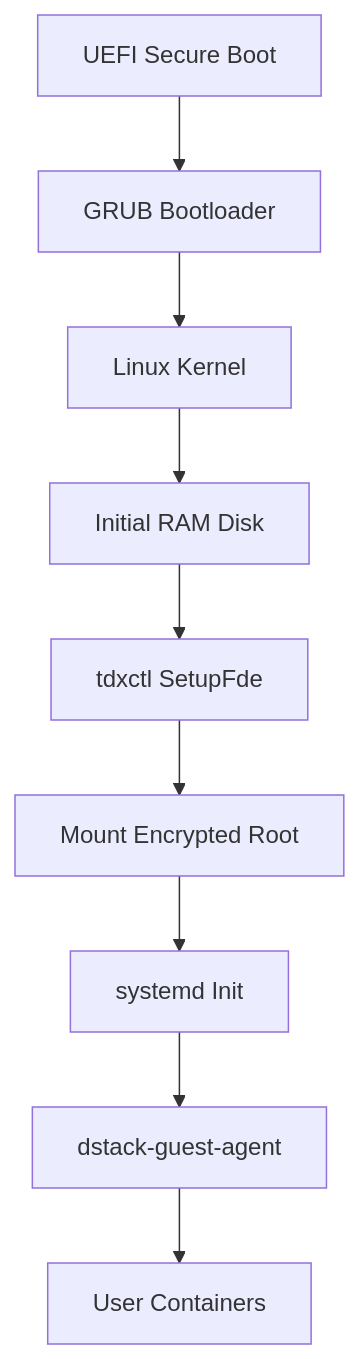
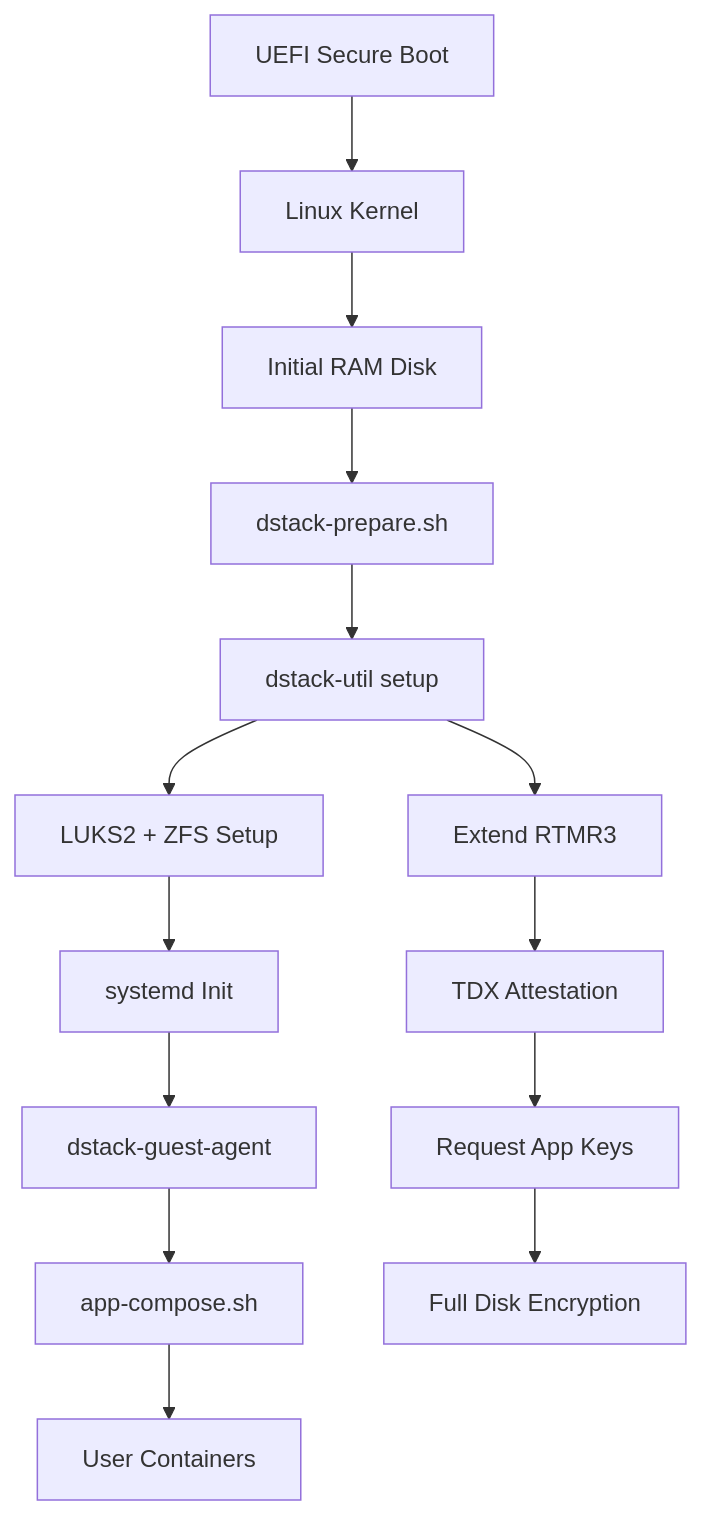
The diagram in docs/concepts/core-os.mdx (Dstack-TEE/dstack), drawn with Mermaid before and after one commit. The commit also changed other lines of this file and 7 other files, not shown here.

````diff
--- a/docs/concepts/core-os.mdx
+++ b/docs/concepts/core-os.mdx
@@ -13,11 +14,17 @@
 ```mermaid
 graph TD
-    UEFI[UEFI Secure Boot] --> GRUB[GRUB Bootloader]
-    GRUB --> KERNEL[Linux Kernel]
-    KERNEL --> INITRD[Initial RAM Disk]
-    INITRD --> TDXCTL[tdxctl SetupFde]
-    TDXCTL --> MOUNT[Mount Encrypted Root]
-    MOUNT --> SYSTEMD[systemd Init]
-    SYSTEMD --> AGENT[dstack-guest-agent]
-    AGENT --> CONTAINERS[User Containers]
+    UEFI["UEFI Secure Boot"] --> KERNEL["Linux Kernel"]
+    KERNEL --> INITRD["Initial RAM Disk"]
+    INITRD --> PREPARE["dstack-prepare.sh"]
+    PREPARE --> SETUP["dstack-util setup"]
+    SETUP --> LUKS["LUKS2 + ZFS Setup"]
+    LUKS --> SYSTEMD["systemd Init"]
+    SYSTEMD --> AGENT["dstack-guest-agent"]
+    AGENT --> COMPOSE["app-compose.sh"]
+    COMPOSE --> CONTAINERS["User Containers"]
+    
+    SETUP --> RTMR["Extend RTMR3"]
+    RTMR --> ATTEST["TDX Attestation"]
+    ATTEST --> KEYS["Request App Keys"]
+    KEYS --> FDE["Full Disk Encryption"]
 ```
````
